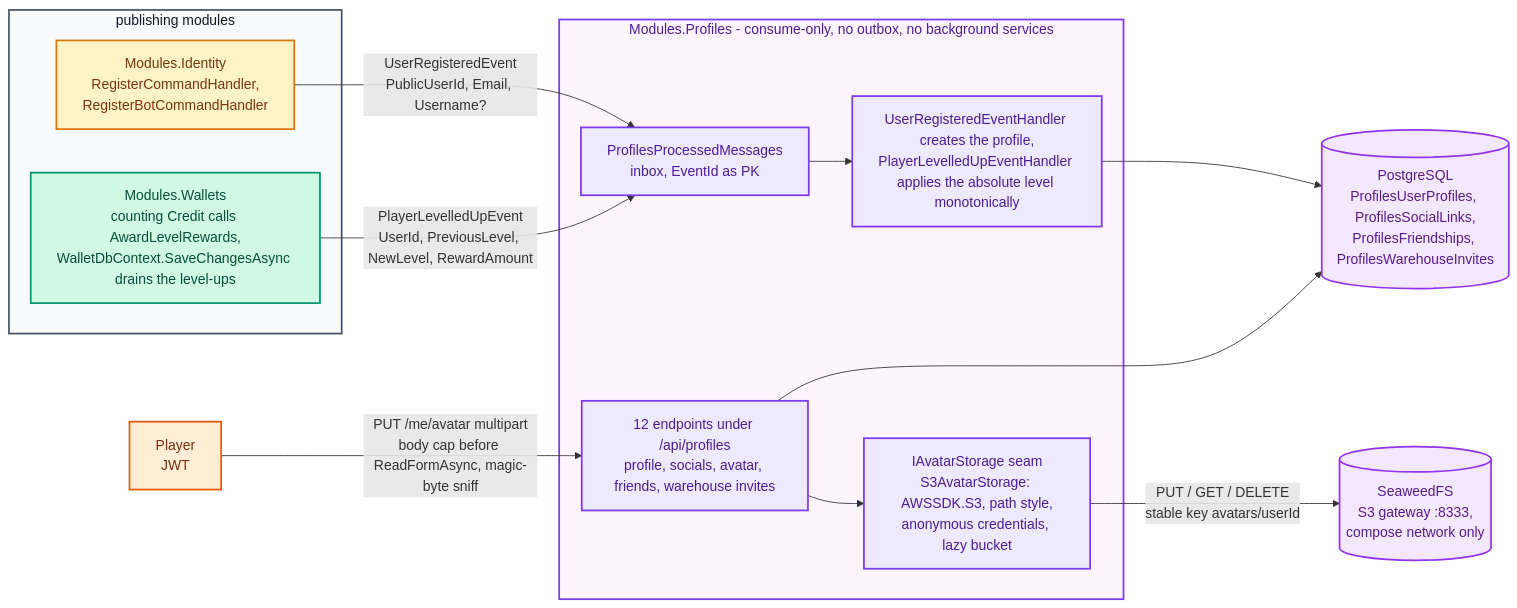
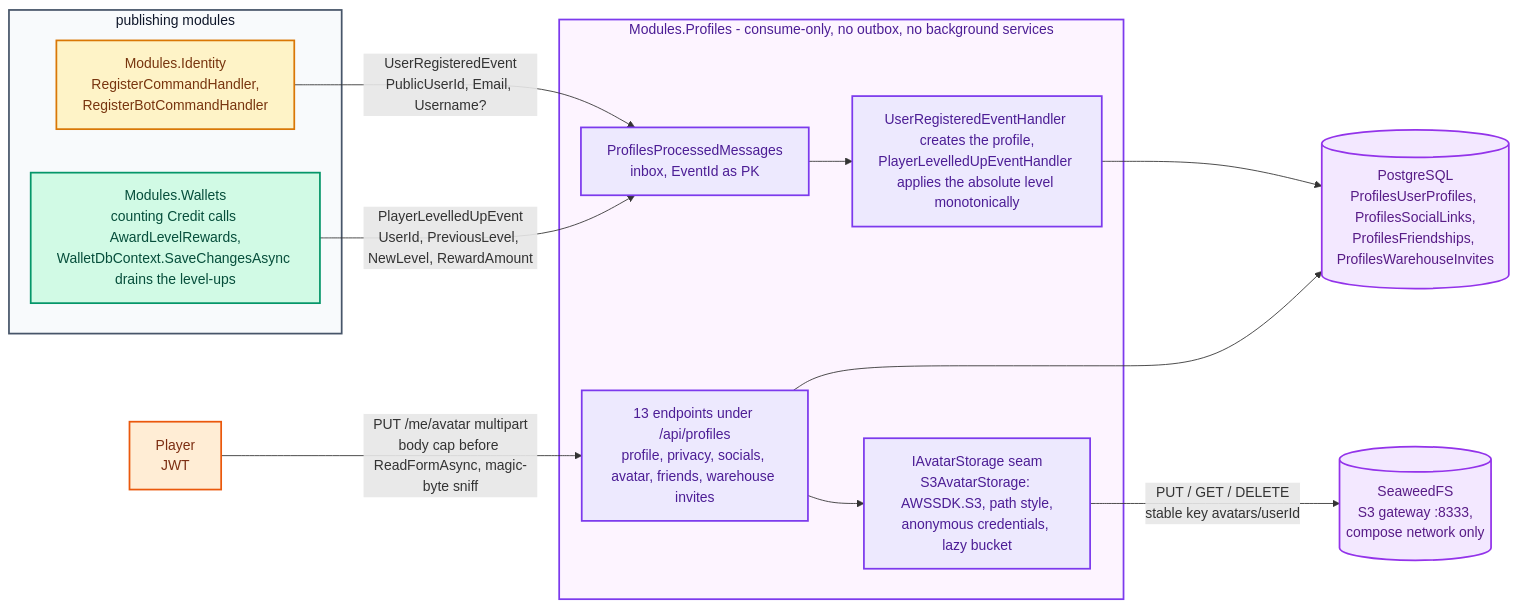
One commit to Zambrzyckii/Auction changed the diagram in docs/diagrams/src/architecture-12-profiles.mmd. Above: the diagram before and after it, drawn with Mermaid. The commit also changed 19 other files, not shown here.

```diff
--- a/docs/diagrams/src/architecture-12-profiles.mmd
+++ b/docs/diagrams/src/architecture-12-profiles.mmd
@@ -1,35 +1,35 @@
 flowchart LR
 
     Client["Player<br/>JWT"]:::client
 
     subgraph Producers ["publishing modules"]
         IdentityM["Modules.Identity<br/>RegisterCommandHandler,<br/>RegisterBotCommandHandler"]:::identity
         WalletsM["Modules.Wallets<br/>counting Credit calls AwardLevelRewards,<br/>WalletDbContext.SaveChangesAsync drains the level-ups"]:::wallets
     end
 
     subgraph ProfilesM ["Modules.Profiles - consume-only, no outbox, no background services"]
         Inbox["ProfilesProcessedMessages<br/>inbox, EventId as PK"]:::profiles
         Handlers["UserRegisteredEventHandler creates the profile,<br/>PlayerLevelledUpEventHandler applies the absolute level monotonically"]:::profiles
-        Endpoints["12 endpoints under /api/profiles<br/>profile, socials, avatar, friends, warehouse invites"]:::profiles
+        Endpoints["13 endpoints under /api/profiles<br/>profile, privacy, socials, avatar, friends, warehouse invites"]:::profiles
         Seam["IAvatarStorage seam<br/>S3AvatarStorage: AWSSDK.S3, path style,<br/>anonymous credentials, lazy bucket"]:::profiles
     end
 
     IdentityM -->|"UserRegisteredEvent<br/>PublicUserId, Email, Username?"| Inbox
     WalletsM -->|"PlayerLevelledUpEvent<br/>UserId, PreviousLevel, NewLevel, RewardAmount"| Inbox
     Inbox --> Handlers
 
     Client -->|"PUT /me/avatar multipart<br/>body cap before ReadFormAsync, magic-byte sniff"| Endpoints
     Endpoints --> Seam
 
     Handlers --> Db[("PostgreSQL<br/>ProfilesUserProfiles, ProfilesSocialLinks,<br/>ProfilesFriendships, ProfilesWarehouseInvites")]:::db
     Endpoints --> Db
     Seam -->|"PUT / GET / DELETE<br/>stable key avatars/userId"| Seaweed[("SeaweedFS<br/>S3 gateway :8333,<br/>compose network only")]:::db
 
     style Producers fill:#F8FAFC,stroke:#475569,stroke-width:2px,color:#0F172A
     style ProfilesM fill:#FDF4FF,stroke:#7C3AED,stroke-width:2px,color:#4C1D95
 
     classDef client    fill:#FFEDD5,stroke:#EA580C,stroke-width:2px,color:#7C2D12
     classDef identity  fill:#FEF3C7,stroke:#D97706,stroke-width:2px,color:#78350F
     classDef wallets   fill:#D1FAE5,stroke:#059669,stroke-width:2px,color:#064E3B
     classDef profiles  fill:#EDE9FE,stroke:#7C3AED,stroke-width:2px,color:#4C1D95
     classDef db        fill:#F3E8FF,stroke:#9333EA,stroke-width:2px,color:#581C87
```
